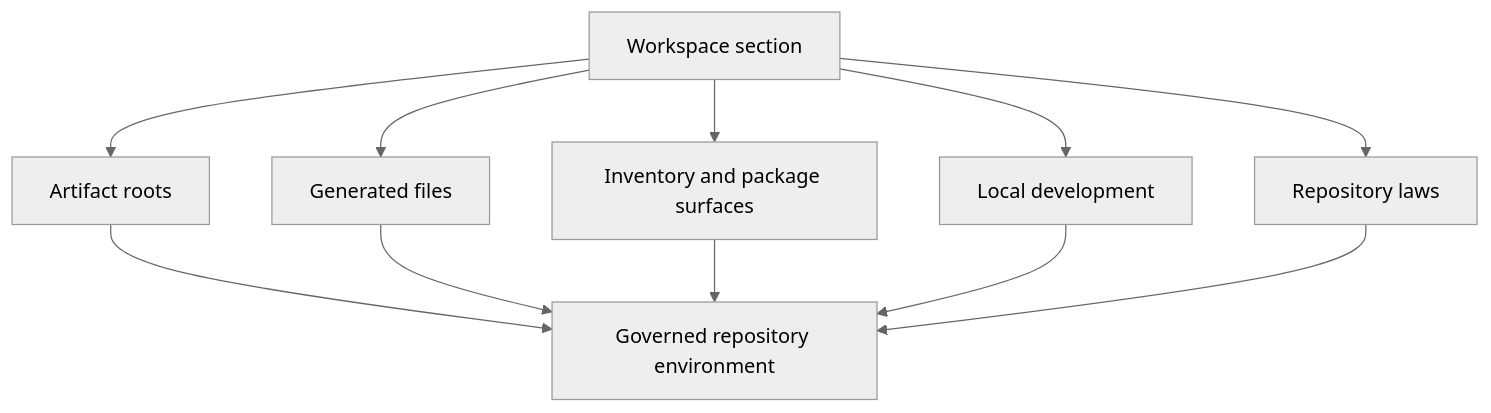
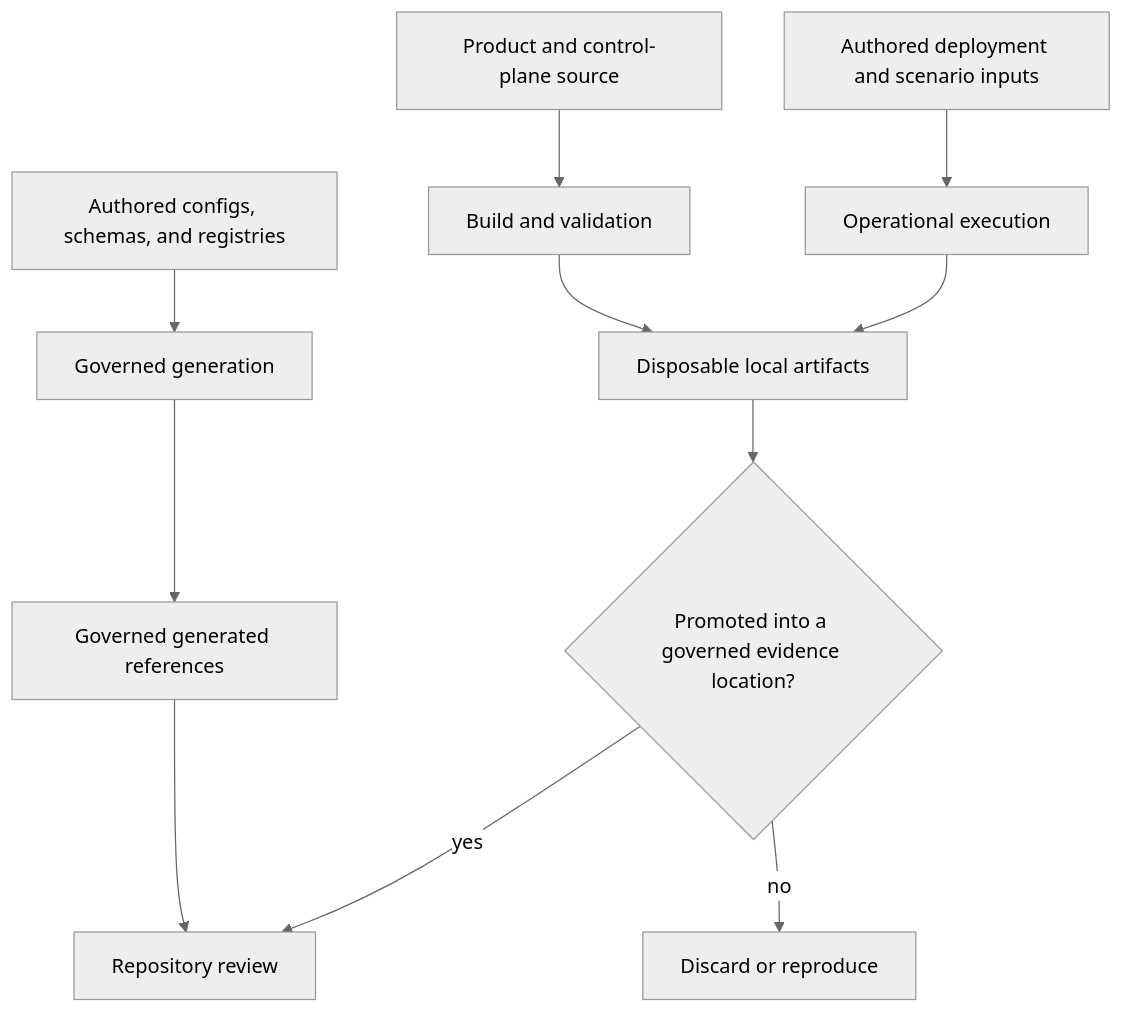
Before and after one commit to bijux/bijux-atlas: the diagram in docs/bijux-atlas-dev/workspace/index.md, drawn with Mermaid (neutral theme). The commit also changed other lines of this file and 2 other files, not shown here.

Commit message:
docs(maintainers): define workspace and automation authorities

````diff
--- a/docs/bijux-atlas-dev/workspace/index.md
+++ b/docs/bijux-atlas-dev/workspace/index.md
@@ -14,13 +17,13 @@
 ```mermaid
 flowchart TD
-    Workspace[Workspace section] --> Roots[Artifact roots]
-    Workspace --> Files[Generated files]
-    Workspace --> Inventory[Inventory and package surfaces]
-    Workspace --> Local[Local development]
-    Workspace --> Laws[Repository laws]
-    Roots --> Model[Governed repository environment]
-    Files --> Model
-    Inventory --> Model
-    Local --> Model
-    Laws --> Model
+    Contracts[Authored configs, schemas, and registries] --> Generate[Governed generation]
+    Product[Product and control-plane source] --> Build[Build and validation]
+    Ops[Authored deployment and scenario inputs] --> Execute[Operational execution]
+    Generate --> Governed[Governed generated references]
+    Build --> Artifacts[Disposable local artifacts]
+    Execute --> Artifacts
+    Governed --> Review[Repository review]
+    Artifacts --> Evidence{Promoted into a governed evidence location?}
+    Evidence -->|yes| Review
+    Evidence -->|no| Dispose[Discard or reproduce]
 ```
````
